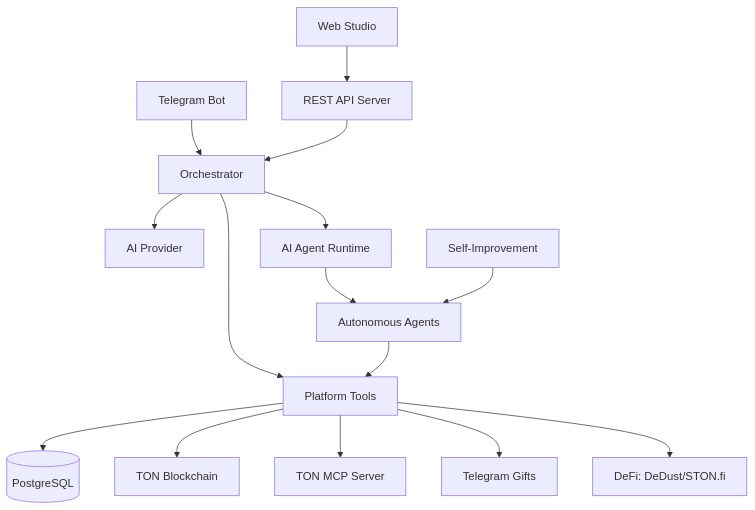
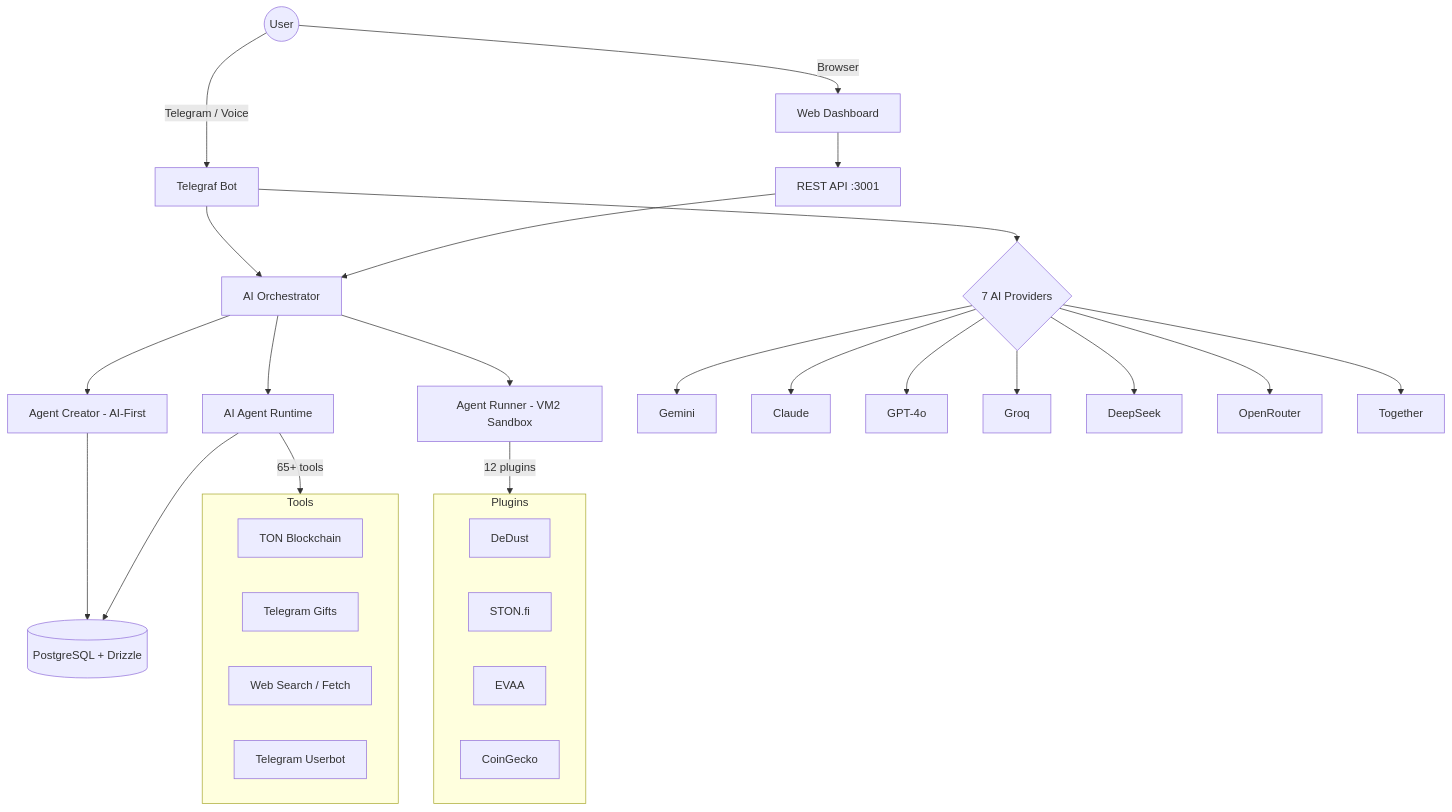
One commit to uheartattack/TonAgentPlatform changed the first of 2 diagrams in docs/ARCHITECTURE.md. Above: the diagram before and after it, drawn with Mermaid. The commit also changed other lines of this file and 21 other files, not shown here.

First line of the commit message:
feat: full dashboard parity with bot, TG Login Widget, security & infra

````diff
--- a/docs/ARCHITECTURE.md
+++ b/docs/ARCHITECTURE.md
@@ -5,20 +18,35 @@
 ```mermaid
-graph TD
-    TG[Telegram Bot] --> ORC[Orchestrator]
-    WEB[Web Studio] --> API[REST API Server]
-    API --> ORC
-    ORC --> TOOLS[Platform Tools]
-    ORC --> AI[AI Provider]
-
-    TOOLS --> DB[(PostgreSQL)]
-    TOOLS --> TON[TON Blockchain]
-    TOOLS --> MCP[TON MCP Server]
-    TOOLS --> GIFTS[Telegram Gifts]
-    TOOLS --> DEFI[DeFi: DeDust/STON.fi]
-
-    ORC --> RUNTIME[AI Agent Runtime]
-    RUNTIME --> AGENTS[Autonomous Agents]
-    AGENTS --> TOOLS
-
-    SI[Self-Improvement] --> AGENTS
+graph TB
+    User((User)) -->|Telegram / Voice| Bot[Telegraf Bot]
+    User -->|Browser| Dashboard[Web Dashboard]
+    Bot --> Orchestrator[AI Orchestrator]
+    Dashboard --> API[REST API :3001]
+    API --> Orchestrator
+    Orchestrator --> Creator[Agent Creator - AI-First]
+    Orchestrator --> Runtime[AI Agent Runtime]
+    Orchestrator --> Runner[Agent Runner - VM2 Sandbox]
+    Runtime -->|65+ tools| Tools
+    Runner -->|12 plugins| Plugins
+    subgraph Tools
+        TON[TON Blockchain]
+        Gifts[Telegram Gifts]
+        Web[Web Search / Fetch]
+        TGBot[Telegram Userbot]
+    end
+    subgraph Plugins
+        DeDust
+        STONfi[STON.fi]
+        EVAA
+        CoinGecko
+    end
+    Creator --> DB[(PostgreSQL + Drizzle)]
+    Runtime --> DB
+    Bot --> MultiProvider{7 AI Providers}
+    MultiProvider --> Gemini
+    MultiProvider --> Claude
+    MultiProvider --> GPT4o[GPT-4o]
+    MultiProvider --> Groq
+    MultiProvider --> DeepSeek
+    MultiProvider --> OpenRouter
+    MultiProvider --> Together
 ```
````
